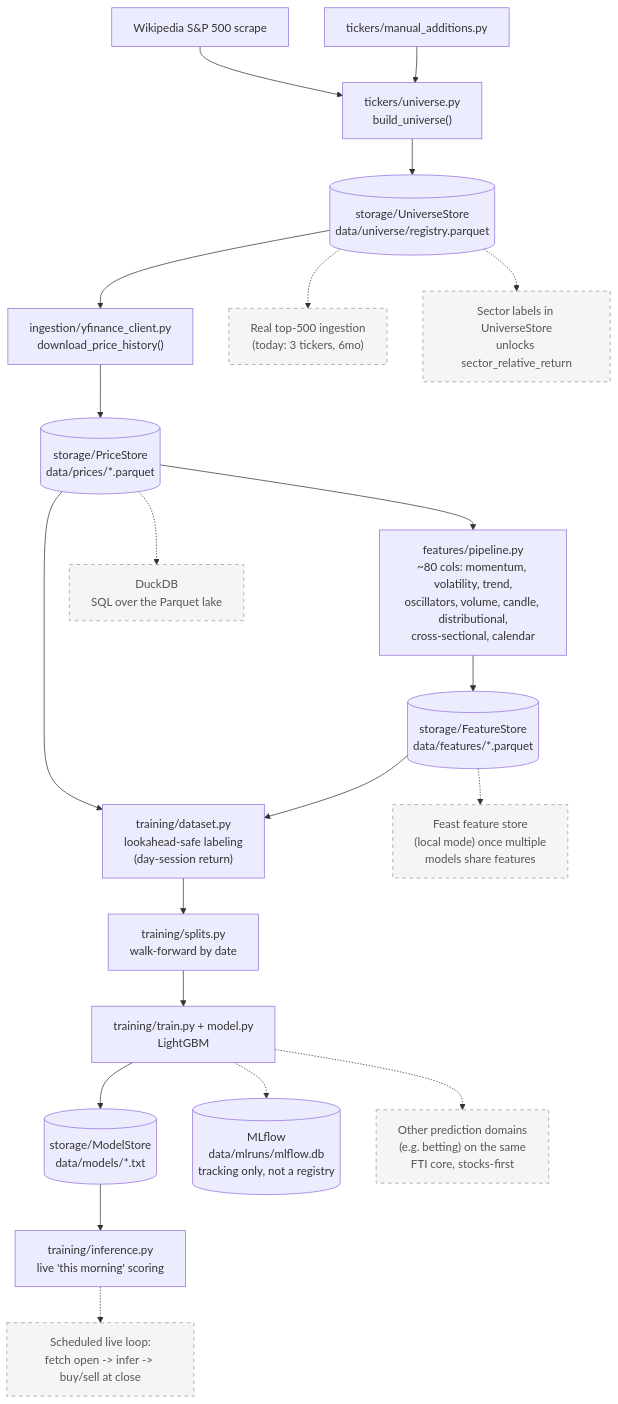
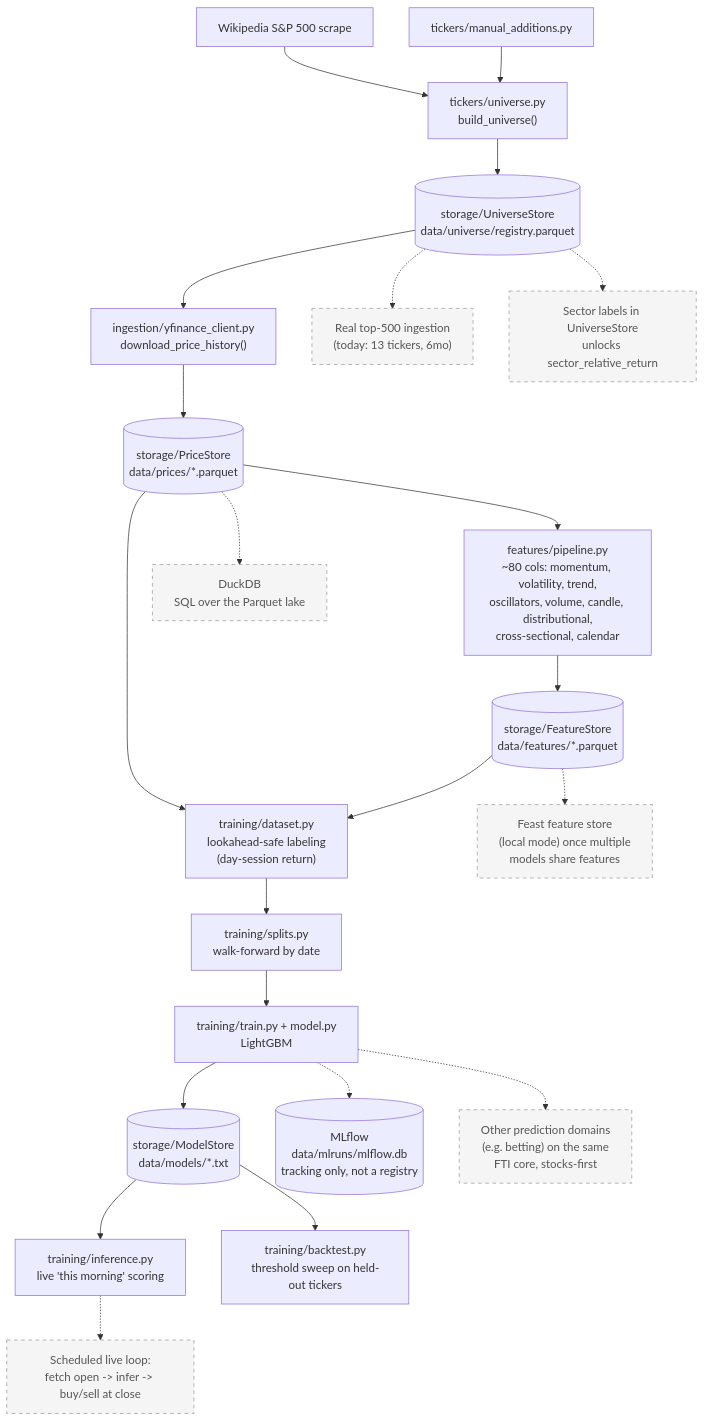
The diagram in README.md (fartzy/stock-picker), drawn with Mermaid before and after one commit. The commit also changed other lines of this file and 6 other files, not shown here.

First line of the commit message:
Add ticker-holdout generalization test and threshold-sweep backtest

````diff
--- a/README.md
+++ b/README.md
@@ -11,51 +11,53 @@
 ```mermaid
 flowchart TB
     WIKI["Wikipedia S&amp;P 500 scrape"]
     MANUAL["tickers/manual_additions.py"]
     BUILDUNIV["tickers/universe.py<br/>build_universe()"]
     YF["ingestion/yfinance_client.py<br/>download_price_history()"]
 
     US[("storage/UniverseStore<br/>data/universe/registry.parquet")]
     PS[("storage/PriceStore<br/>data/prices/*.parquet")]
     FS[("storage/FeatureStore<br/>data/features/*.parquet")]
     MS[("storage/ModelStore<br/>data/models/*.txt")]
 
     FEATPIPE["features/pipeline.py<br/>~80 cols: momentum, volatility, trend,<br/>oscillators, volume, candle, distributional,<br/>cross-sectional, calendar"]
 
     DATASET["training/dataset.py<br/>lookahead-safe labeling<br/>(day-session return)"]
     SPLITS["training/splits.py<br/>walk-forward by date"]
     TRAIN["training/train.py + model.py<br/>LightGBM"]
     INFER["training/inference.py<br/>live 'this morning' scoring"]
+    BACKTEST["training/backtest.py<br/>threshold sweep on held-out tickers"]
     MLFLOW[("MLflow<br/>data/mlruns/mlflow.db<br/>tracking only, not a registry")]
 
     WIKI --> BUILDUNIV
     MANUAL --> BUILDUNIV
     BUILDUNIV --> US
     US --> YF
     YF --> PS
     PS --> FEATPIPE
     FEATPIPE --> FS
     PS --> DATASET
     FS --> DATASET
     DATASET --> SPLITS --> TRAIN
     TRAIN --> MS
     TRAIN -.-> MLFLOW
     MS --> INFER
+    MS --> BACKTEST
 
-    TOP500["Real top-500 ingestion<br/>(today: 3 tickers, 6mo)"]
+    TOP500["Real top-500 ingestion<br/>(today: 13 tickers, 6mo)"]
     SECTOR["Sector labels in UniverseStore<br/>unlocks sector_relative_return"]
     FEAST["Feast feature store<br/>(local mode) once multiple<br/>models share features"]
     DUCKDB["DuckDB<br/>SQL over the Parquet lake"]
     LIVE["Scheduled live loop:<br/>fetch open -> infer -> buy/sell at close"]
     MULTI["Other prediction domains<br/>(e.g. betting) on the same<br/>FTI core, stocks-first"]
 
     US -.-> TOP500
     US -.-> SECTOR
     FS -.-> FEAST
     PS -.-> DUCKDB
     INFER -.-> LIVE
     TRAIN -.-> MULTI
 
     classDef planned stroke-dasharray: 5 5,fill:#f5f5f5,stroke:#999,color:#555;
     class TOP500,SECTOR,FEAST,DUCKDB,LIVE,MULTI planned;
 ```
````
